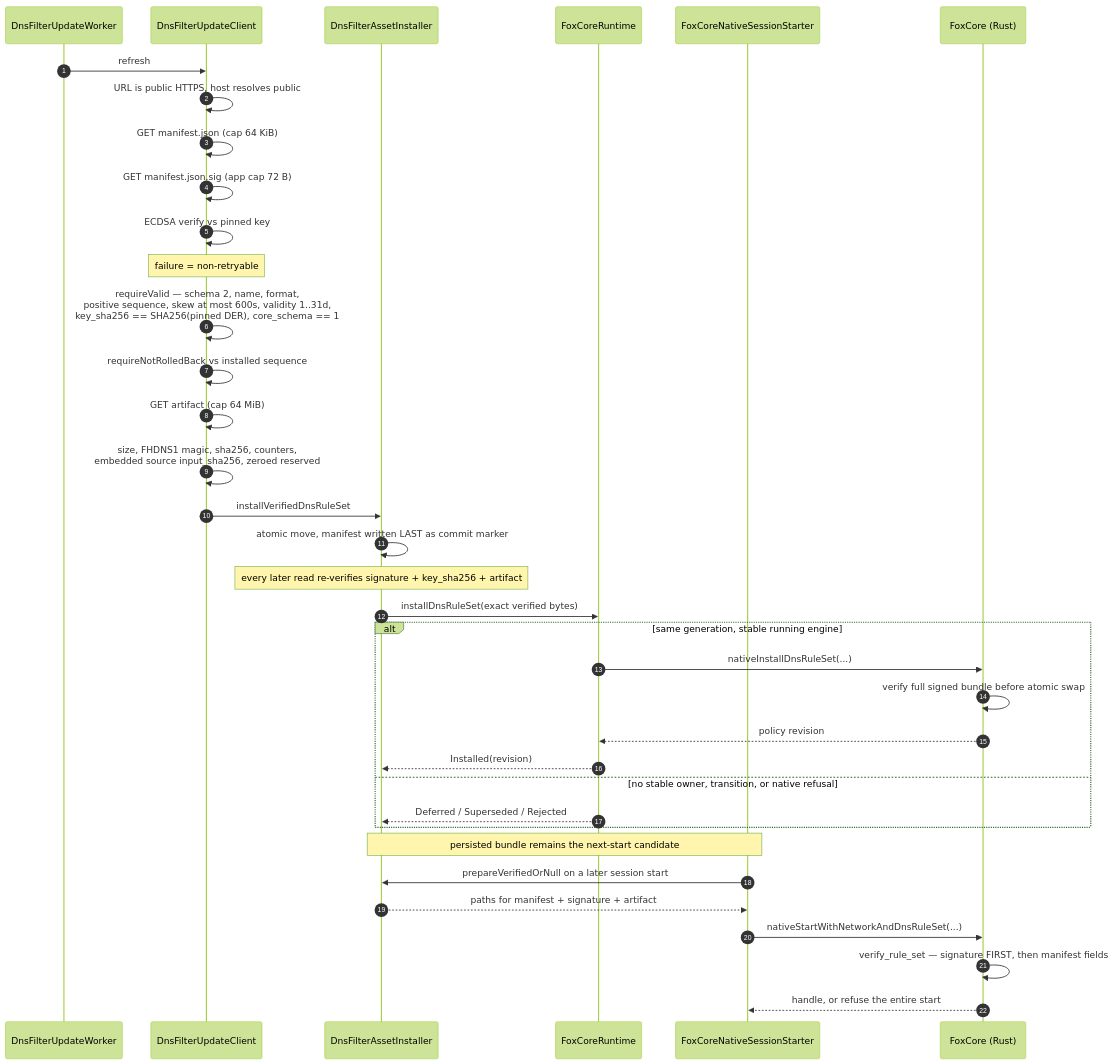
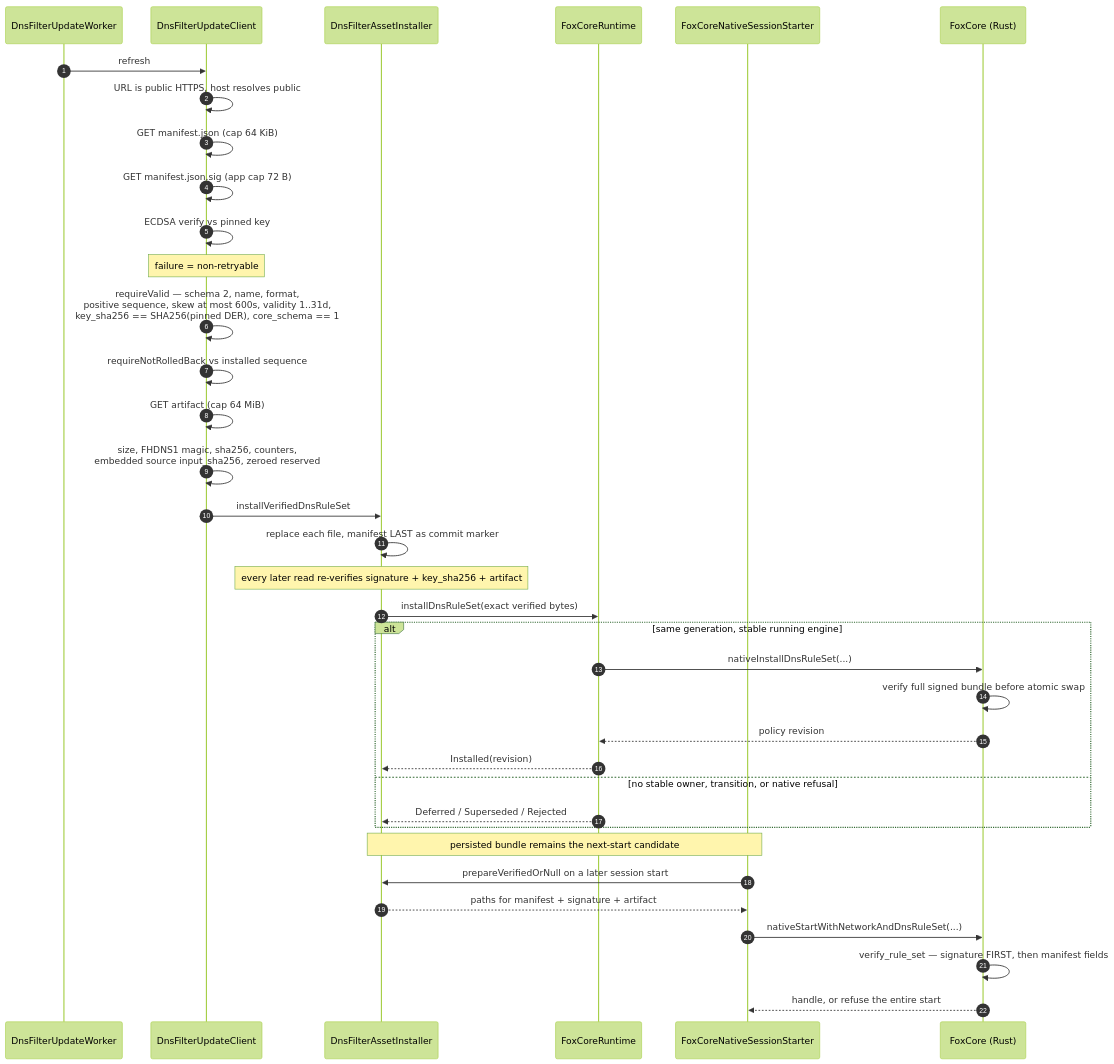
Before and after one commit to foxhole-team/foxhole-core: the third of 6 diagrams in docs/architecture/03-updates-and-data-delivery.md, drawn with Mermaid (forest theme). The commit also changed other lines of this file and 1788 other files, not shown here.

````diff
--- a/docs/architecture/03-updates-and-data-delivery.md
+++ b/docs/architecture/03-updates-and-data-delivery.md
@@ -107,39 +182,39 @@
 ```mermaid
 sequenceDiagram
     autonumber
     participant W as DnsFilterUpdateWorker
     participant C as DnsFilterUpdateClient
     participant I as DnsFilterAssetInstaller
     participant R as FoxCoreRuntime
     participant S as FoxCoreNativeSessionStarter
     participant N as FoxCore (Rust)
 
     W->>C: refresh
     C->>C: URL is public HTTPS, host resolves public
     C->>C: GET manifest.json (cap 64 KiB)
     C->>C: GET manifest.json.sig (app cap 72 B)
     C->>C: ECDSA verify vs pinned key
     Note over C: failure = non-retryable
     C->>C: requireValid — schema 2, name, format,<br/>positive sequence, skew at most 600s, validity 1..31d,<br/>key_sha256 == SHA256(pinned DER), core_schema == 1
     C->>C: requireNotRolledBack vs installed sequence
     C->>C: GET artifact (cap 64 MiB)
     C->>C: size, FHDNS1 magic, sha256, counters,<br/>embedded source input_sha256, zeroed reserved
     C->>I: installVerifiedDnsRuleSet
-    I->>I: atomic move, manifest written LAST as commit marker
+    I->>I: replace each file, manifest LAST as commit marker
     Note over I: every later read re-verifies signature + key_sha256 + artifact
     I->>R: installDnsRuleSet(exact verified bytes)
     alt same generation, stable running engine
         R->>N: nativeInstallDnsRuleSet(...)
         N->>N: verify full signed bundle before atomic swap
         N-->>R: policy revision
         R-->>I: Installed(revision)
     else no stable owner, transition, or native refusal
         R-->>I: Deferred / Superseded / Rejected
     end
     Note over I,S: persisted bundle remains the next-start candidate
     S->>I: prepareVerifiedOrNull on a later session start
     I-->>S: paths for manifest + signature + artifact
     S->>N: nativeStartWithNetworkAndDnsRuleSet(...)
     N->>N: verify_rule_set — signature FIRST, then manifest fields
     N-->>S: handle, or refuse the entire start
 ```
````
